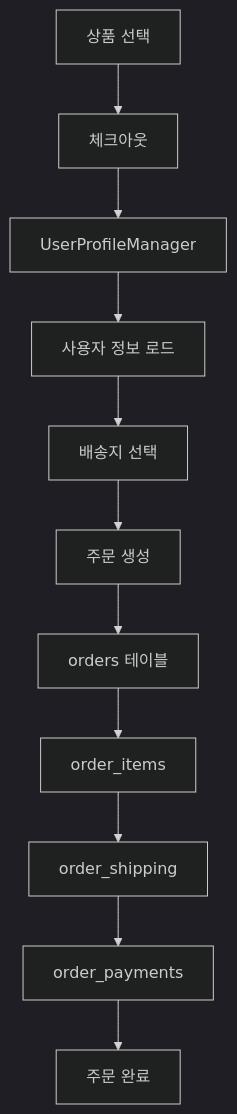
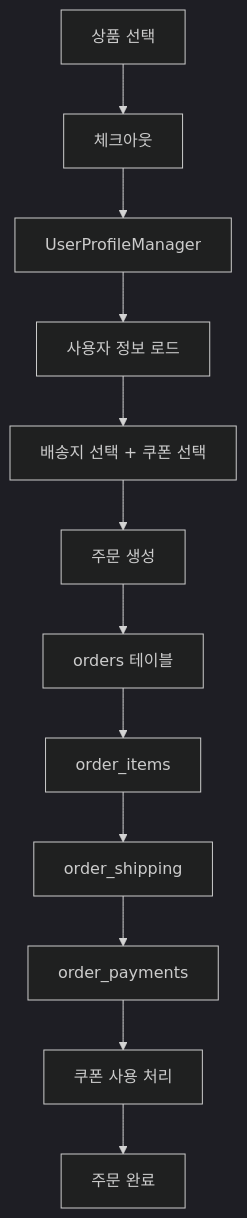
One commit to Theloho/live-commerce changed the second of 3 diagrams in SYSTEM_ARCHITECTURE.md. Above: the diagram before and after it, drawn with Mermaid (dark theme). The commit also changed other lines of this file and 23 other files, not shown here.

````diff
--- a/SYSTEM_ARCHITECTURE.md
+++ b/SYSTEM_ARCHITECTURE.md
@@ -520,13 +1030,14 @@
 ```mermaid
 graph TD
     A[상품 선택] --> B[체크아웃]
     B --> C[UserProfileManager]
     C --> D[사용자 정보 로드]
-    D --> E[배송지 선택]
+    D --> E[배송지 선택 + 쿠폰 선택]
     E --> F[주문 생성]
     F --> G[orders 테이블]
     G --> H[order_items]
     H --> I[order_shipping]
     I --> J[order_payments]
-    J --> K[주문 완료]
+    J --> K[쿠폰 사용 처리]
+    K --> L[주문 완료]
 ```
````
